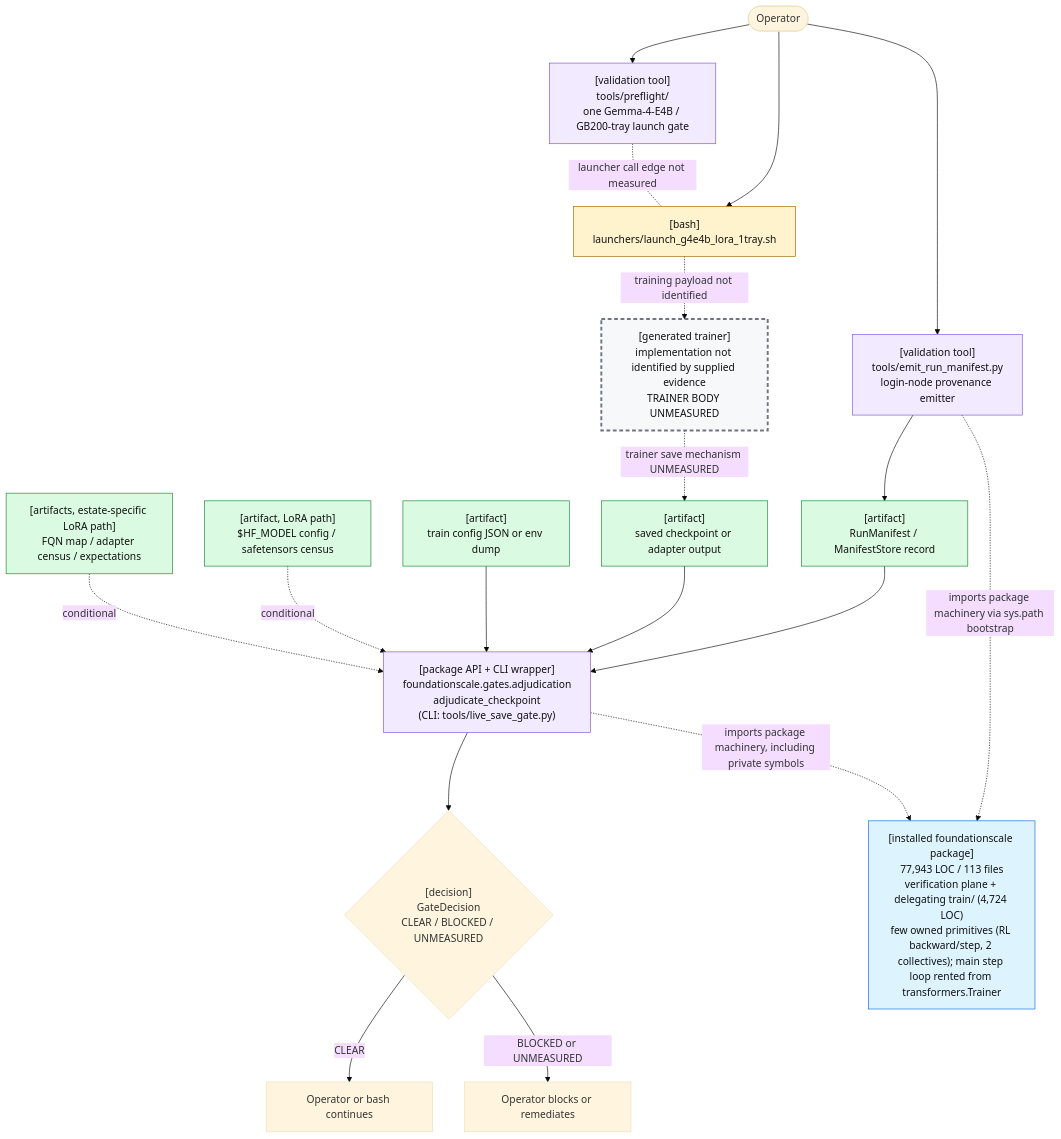
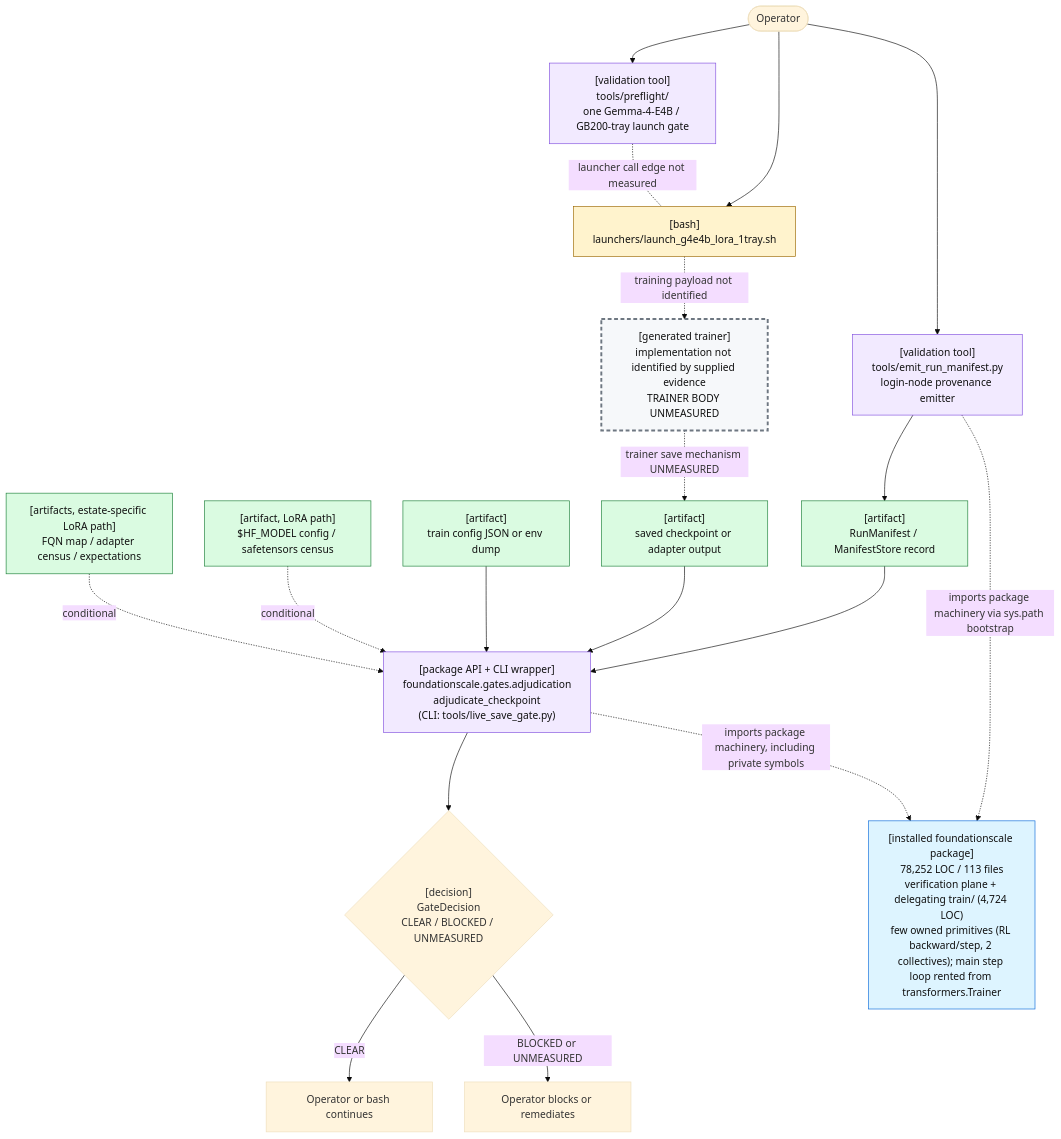
One commit to TranNhiem/FoundationScale changed the first of 2 diagrams in docs/review/D2_current_architecture.md. Above: the diagram before and after it, drawn with Mermaid (base theme). The commit also changed other lines of this file and 10 other files, not shown here.

````diff
--- a/docs/review/D2_current_architecture.md
+++ b/docs/review/D2_current_architecture.md
@@ -25,59 +25,59 @@
 ```mermaid
 flowchart TB
   O(["Operator"])
 
   PF["[validation tool]<br/>tools/preflight/<br/>one Gemma-4-E4B / GB200-tray launch gate"]
   L["[bash]<br/>launchers/launch_g4e4b_lora_1tray.sh"]
 
   E["[validation tool]<br/>tools/emit_run_manifest.py<br/>login-node provenance emitter"]
   M["[artifact]<br/>RunManifest / ManifestStore record"]
 
   T["[generated trainer]<br/>implementation not identified by supplied evidence<br/>TRAINER BODY UNMEASURED"]
   C["[artifact]<br/>saved checkpoint or adapter output"]
 
   G["[package API + CLI wrapper]<br/>foundationscale.gates.adjudication<br/>adjudicate_checkpoint<br/>(CLI: tools/live_save_gate.py)"]
   CFG["[artifact]<br/>train config JSON or env dump"]
   BASE["[artifact, LoRA path]<br/>$HF_MODEL config / safetensors census"]
   CEN["[artifacts, estate-specific LoRA path]<br/>FQN map / adapter census / expectations"]
 
   D{"[decision]<br/>GateDecision<br/>CLEAR / BLOCKED / UNMEASURED"}
   OK["Operator or bash continues"]
   NO["Operator blocks or remediates"]
 
-  PKG["[installed foundationscale package]<br/>77,943 LOC / 113 files<br/>verification plane + delegating train/ (4,724 LOC)<br/>few owned primitives (RL backward/step, 2 collectives); main step loop rented from transformers.Trainer"]
+  PKG["[installed foundationscale package]<br/>78,252 LOC / 113 files<br/>verification plane + delegating train/ (4,724 LOC)<br/>few owned primitives (RL backward/step, 2 collectives); main step loop rented from transformers.Trainer"]
 
   O --> PF
   O --> L
   PF -. "launcher call edge not measured" .- L
 
   O --> E
   E --> M
 
   L -. "training payload not identified" .-> T
   T -. "trainer save mechanism UNMEASURED" .-> C
 
   M --> G
   C --> G
   CFG --> G
   BASE -. "conditional" .-> G
   CEN -. "conditional" .-> G
 
   E -. "imports package machinery via sys.path bootstrap" .-> PKG
   G -. "imports package machinery, including private symbols" .-> PKG
 
   G --> D
   D -->|"CLEAR"| OK
   D -->|"BLOCKED or UNMEASURED"| NO
 
   classDef bash fill:#fff3cd,stroke:#9a6700,color:#111;
   classDef tool fill:#f2eaff,stroke:#8250df,color:#111;
   classDef artifact fill:#dafbe1,stroke:#1a7f37,color:#111;
   classDef gap fill:#f6f8fa,stroke:#6e7781,stroke-width:3px,stroke-dasharray: 6 4,color:#111;
   classDef pkg fill:#ddf4ff,stroke:#0969da,color:#111;
 
   class L bash;
   class PF,E,G tool;
   class M,C,CFG,BASE,CEN artifact;
   class T gap;
   class PKG pkg;
 ```
````
